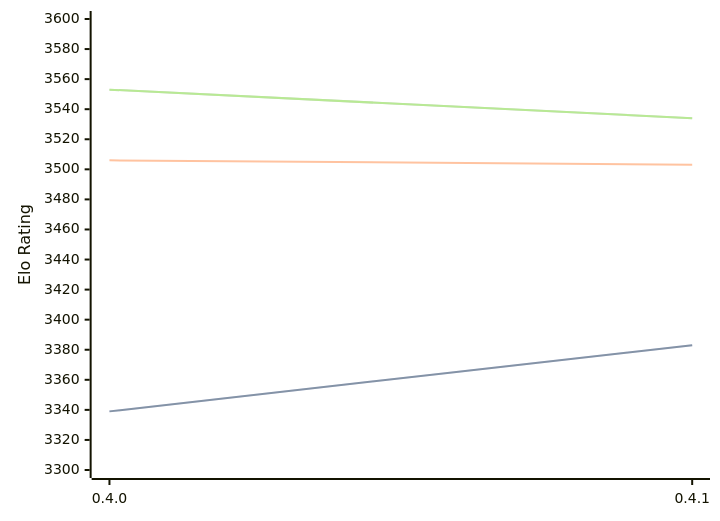
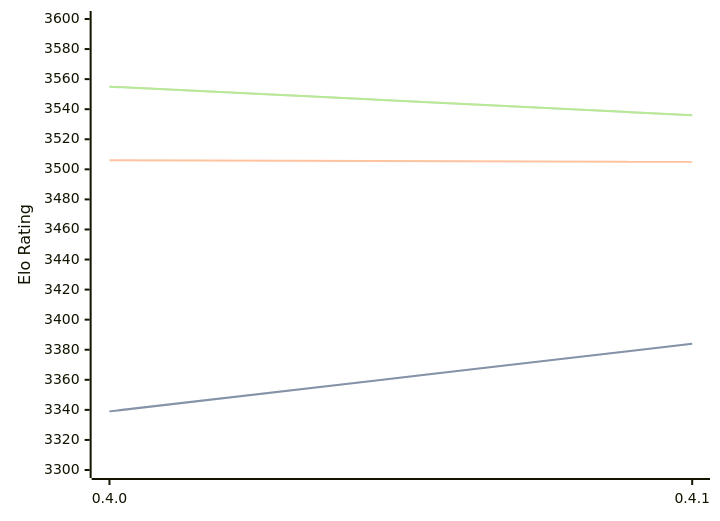
The diagram in engines/Cinder.md (computer-chess-index/cci), drawn with Mermaid before and after one commit. The commit also changed other lines of this file, not shown here.

Commit message:
Update CCI Ratings (ELO VLTC) - 2026-04-13

````diff
--- a/engines/Cinder.md
+++ b/engines/Cinder.md
@@ -40,11 +40,11 @@
 ```mermaid
 %%{init: {"theme":"base","themeVariables":{"seriesColors:['#a3a3a3','#222221','#faa371']}}}%%
 xychart-beta
   x-axis ["0.4.0", "0.4.1"]
   y-axis "Elo Rating" 3300 --> 3600
-  line "STC (8.0+0.08s)" [3339, 3383]
-  line "STC (8.0+0.08s)" [3339, 3383]
-  line "LTC (60.0+0.60s)" [3506, 3503]
-  line "VLTC (2m24s+1.12s)" [3553, 3534]
-  line "VLTC (2m24s+1.12s)" [3553, 3534]
+  line "STC (8.0+0.08s)" [3339, 3384]
+  line "STC (8.0+0.08s)" [3339, 3384]
+  line "LTC (60.0+0.60s)" [3506, 3505]
+  line "VLTC (2m24s+1.12s)" [3555, 3536]
+  line "VLTC (2m24s+1.12s)" [3555, 3536]
 ```
````
